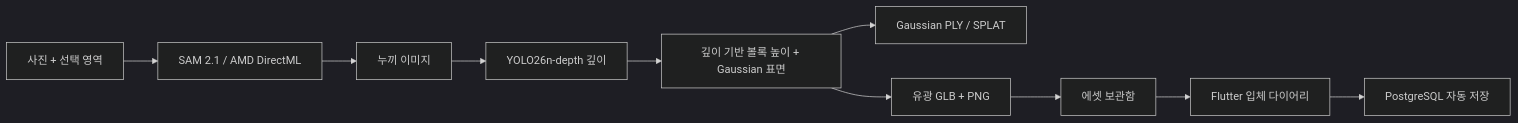
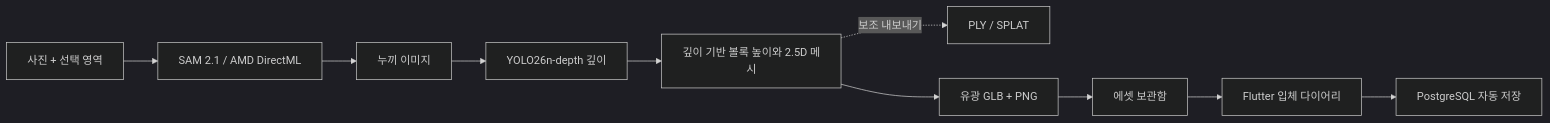
Before and after one commit to niraaah/GoodMorNing: the diagram in README.md, drawn with Mermaid (dark theme). The commit also changed other lines of this file and 5 other files, not shown here.

````diff
--- a/README.md
+++ b/README.md
@@ -98,12 +98,12 @@
 ```mermaid
 flowchart LR
   A[사진 + 선택 영역] --> B[SAM 2.1 / AMD DirectML]
   B --> C[누끼 이미지]
   C --> Y[YOLO26n-depth 깊이]
-  Y --> D[깊이 기반 볼록 높이 + Gaussian 표면]
-  D --> E[Gaussian PLY / SPLAT]
+  Y --> D[깊이 기반 볼록 높이와 2.5D 메시]
+  D -. 보조 내보내기 .-> E[PLY / SPLAT]
   D --> F[유광 GLB + PNG]
   F --> G[에셋 보관함]
   G --> H[Flutter 입체 다이어리]
   H --> I[PostgreSQL 자동 저장]
 ```
````
